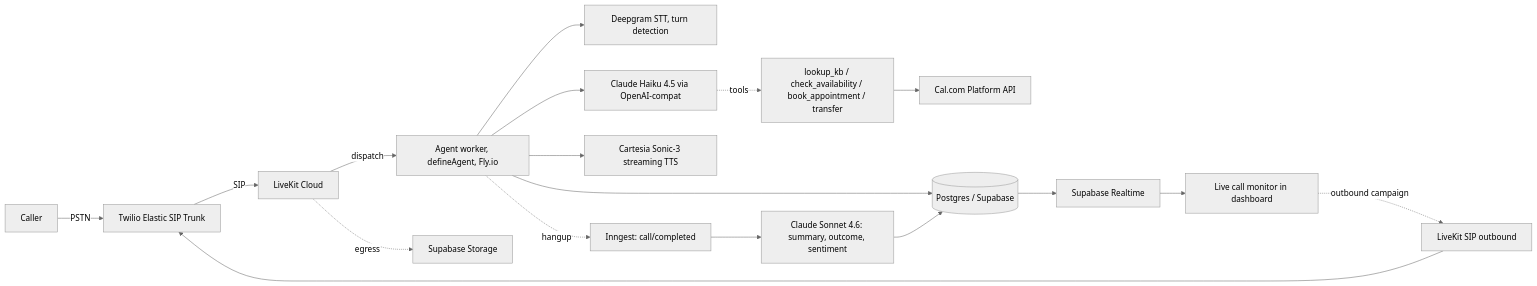
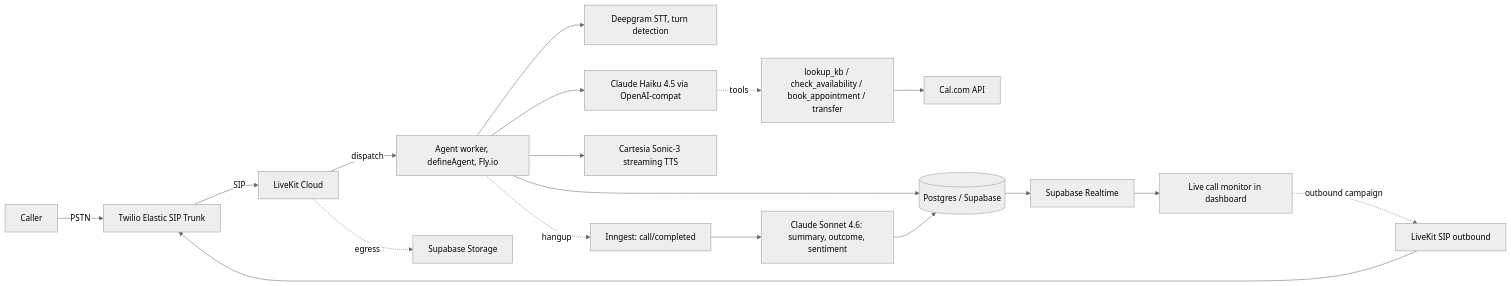
One commit to feRpicoral/relay changed the first of 2 diagrams in README.md. Above: the diagram before and after it, drawn with Mermaid (neutral theme). The commit also changed other lines of this file and 6 other files, not shown here.

Commit message:
feat(calcom): switch to oauth client authorization code flow

````diff
--- a/README.md
+++ b/README.md
@@ -81,19 +81,19 @@
 ```mermaid
 flowchart LR
     Caller[Caller] -->|PSTN| Twilio[Twilio Elastic SIP Trunk]
     Twilio -->|SIP| LK[LiveKit Cloud]
     LK -->|dispatch| Worker[Agent worker, defineAgent, Fly.io]
     Worker --> STT[Deepgram STT, turn detection]
     Worker --> LLM[Claude Haiku 4.5 via OpenAI-compat]
     Worker --> TTS[Cartesia Sonic-3 streaming TTS]
     LLM -.tools.-> Tools[lookup_kb / check_availability / book_appointment / transfer]
-    Tools --> Cal[Cal.com Platform API]
+    Tools --> Cal[Cal.com API]
     Worker --> DB[(Postgres / Supabase)]
     DB --> RT[Supabase Realtime]
     RT --> UI[Live call monitor in dashboard]
     LK -.egress.-> Storage[Supabase Storage]
     Worker -.hangup.-> Inn[Inngest: call/completed]
     Inn --> Sonnet[Claude Sonnet 4.6: summary, outcome, sentiment]
     Sonnet --> DB
     UI -.outbound campaign.-> SIPOut[LiveKit SIP outbound] --> Twilio
 ```
````
